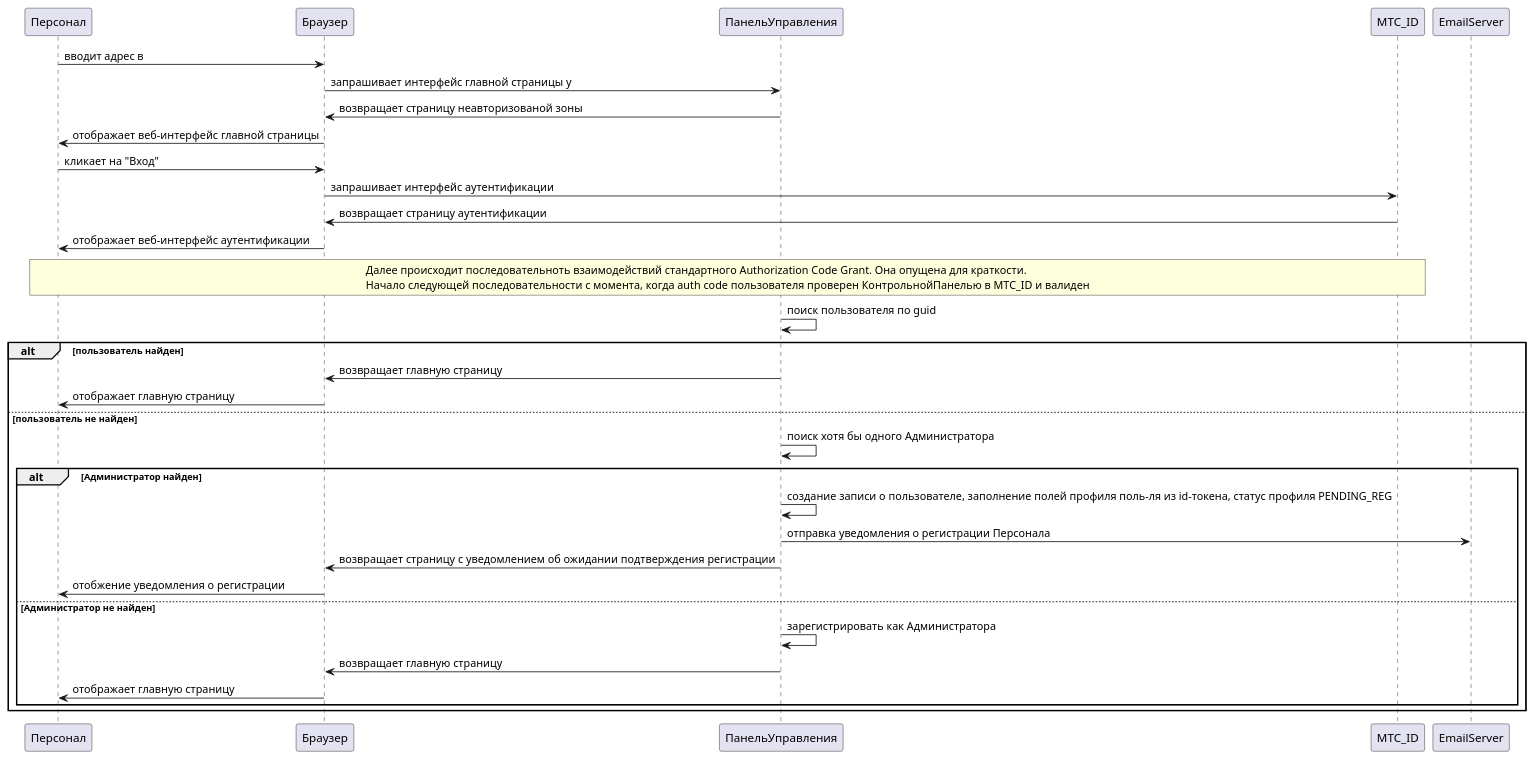
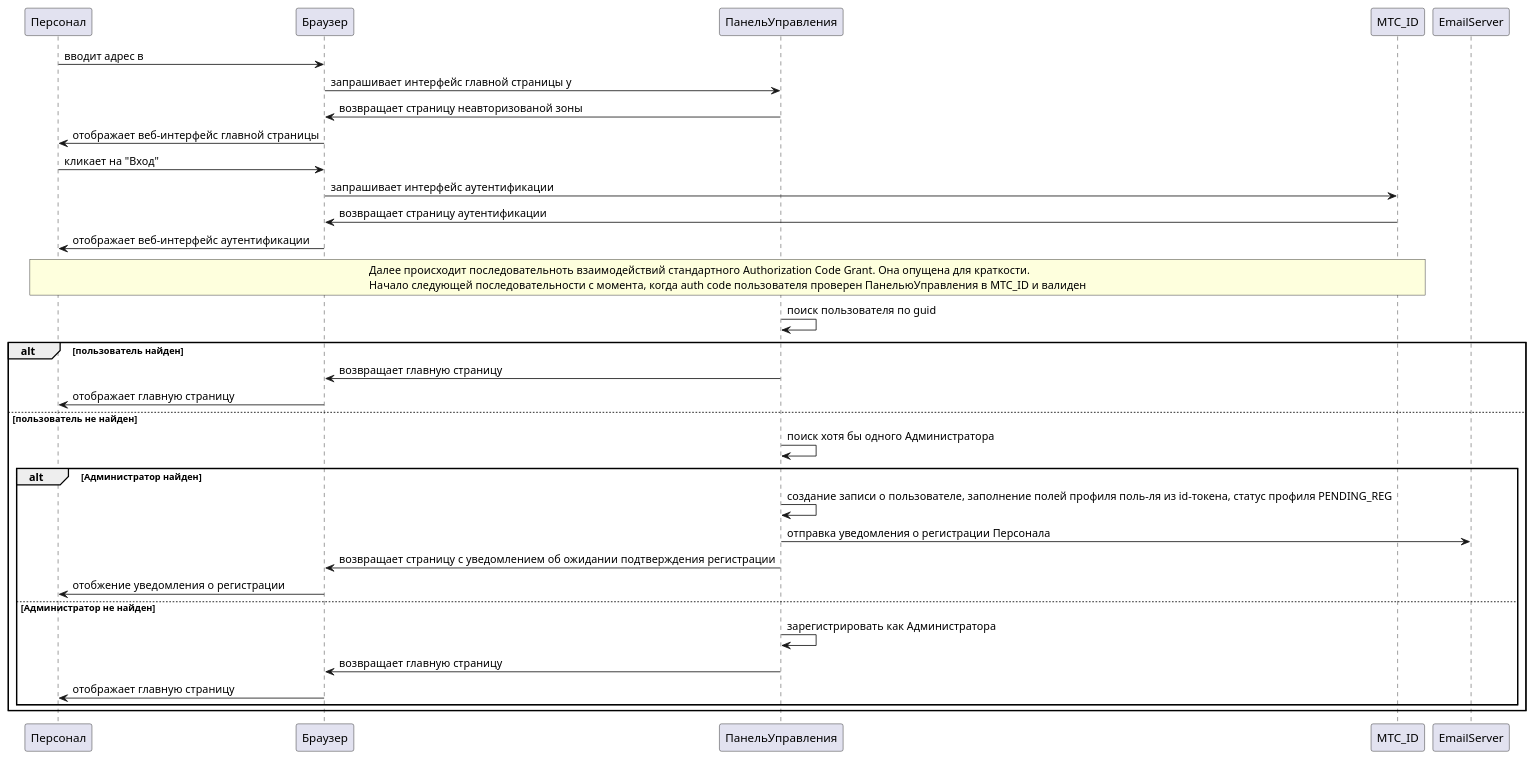
The second of 2 diagrams in docs/adr/adr-002-authn-system.md (karpoftea/mts-kata-2023), drawn with PlantUML before and after one commit. The commit also changed other lines of this file and 2 other files, not shown here.

````diff
--- a/docs/adr/adr-002-authn-system.md
+++ b/docs/adr/adr-002-authn-system.md
@@ -72,31 +73,31 @@
 ```plantuml
 Персонал->Браузер: вводит адрес в
 Браузер->ПанельУправления: запрашивает интерфейс главной страницы у
 ПанельУправления->Браузер: возвращает страницу неавторизованой зоны
 Браузер->Персонал: отображает веб-интерфейс главной страницы
 Персонал->Браузер: кликает на "Вход"
 Браузер->МТС_ID: запрашивает интерфейс аутентификации
 МТС_ID->Браузер: возвращает страницу аутентификации
 Браузер->Персонал: отображает веб-интерфейс аутентификации
 rnote over Персонал,МТС_ID
  Далее происходит последовательноть взаимодействий стандартного Authorization Code Grant. Она опущена для краткости.
- Начало следующей последовательности с момента, когда auth code пользователя проверен КонтрольнойПанелью в МТС_ID и валиден
+ Начало следующей последовательности с момента, когда auth code пользователя проверен ПанельюУправления в МТС_ID и валиден
 endrnote
 ПанельУправления->ПанельУправления: поиск пользователя по guid
 alt пользователь найден
     ПанельУправления->Браузер: возвращает главную страницу
     Браузер->Персонал: отображает главную страницу
 else пользователь не найден
     ПанельУправления->ПанельУправления: поиск хотя бы одного Администратора
     alt Администратор найден
         ПанельУправления->ПанельУправления: создание записи о пользователе, заполнение полей профиля поль-ля из id-токена, статус профиля PENDING_REG
         ПанельУправления->EmailServer: отправка уведомления о регистрации Персонала
         ПанельУправления->Браузер: возвращает страницу с уведомлением об ожидании подтверждения регистрации
     Браузер->Персонал: отобжение уведомления о регистрации
     else Администратор не найден
         ПанельУправления->ПанельУправления: зарегистрировать как Администратора
         ПанельУправления->Браузер: возвращает главную страницу
         Браузер->Персонал: отображает главную страницу
     end
 end
 ```
````
